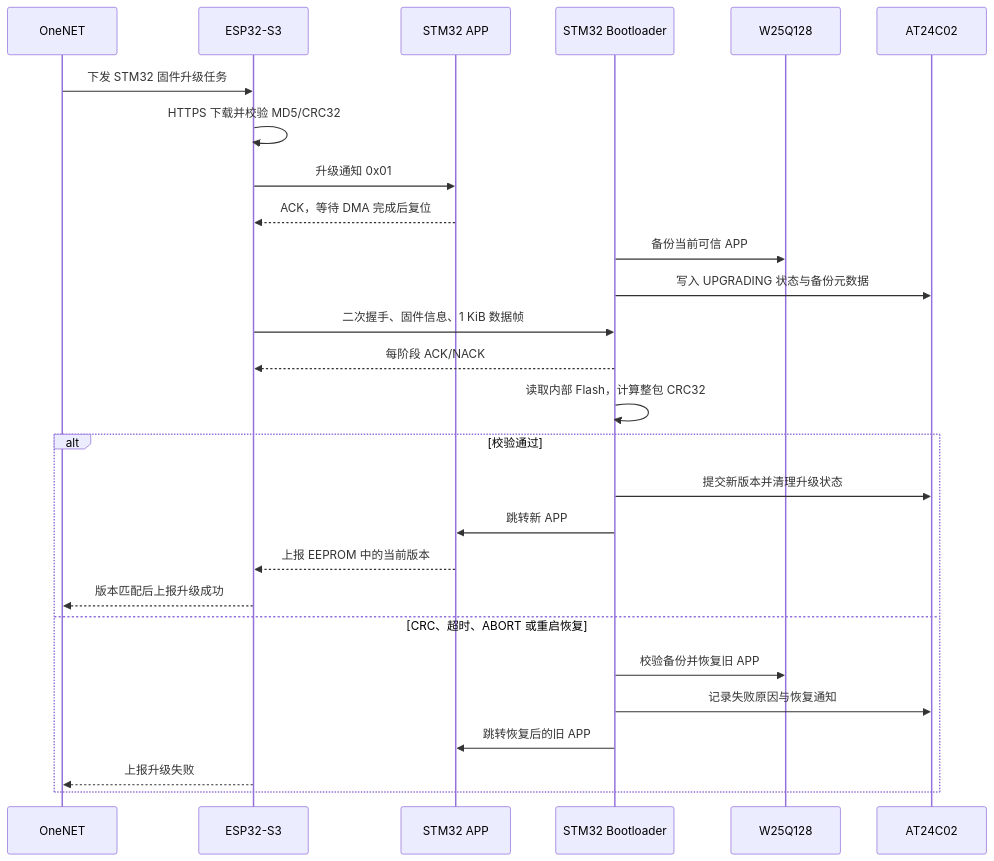
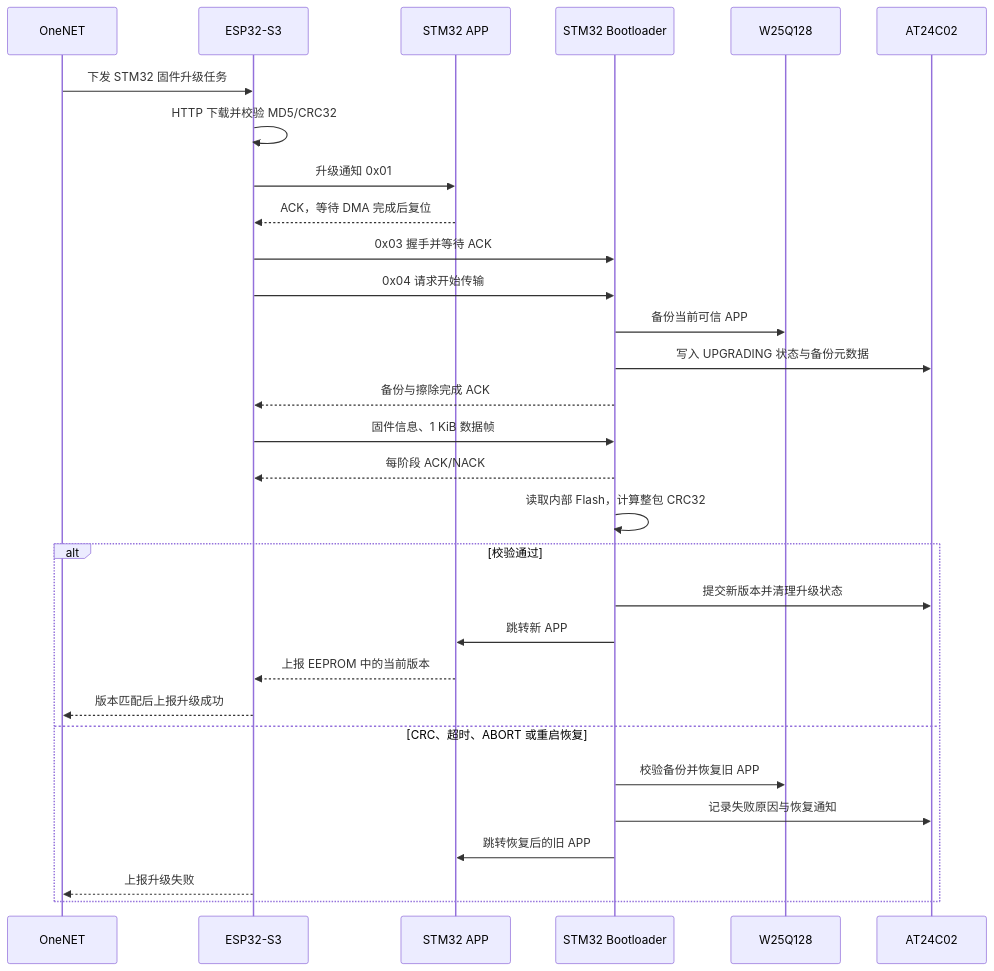
One commit to ChenFU-CN13/esp32-stm32-ab-ota changed the second of 2 diagrams in README.md. Above: the diagram before and after it, drawn with Mermaid. The commit also changed other lines of this file and 27 other files, not shown here.

````diff
--- a/README.md
+++ b/README.md
@@ -84,30 +86,33 @@
 ```mermaid
 sequenceDiagram
     participant Cloud as OneNET
     participant ESP as ESP32-S3
     participant APP as STM32 APP
     participant BL as STM32 Bootloader
     participant W25 as W25Q128
     participant EE as AT24C02
 
     Cloud->>ESP: 下发 STM32 固件升级任务
-    ESP->>ESP: HTTPS 下载并校验 MD5/CRC32
+    ESP->>ESP: HTTP 下载并校验 MD5/CRC32
     ESP->>APP: 升级通知 0x01
     APP-->>ESP: ACK，等待 DMA 完成后复位
+    ESP->>BL: 0x03 握手并等待 ACK
+    ESP->>BL: 0x04 请求开始传输
     BL->>W25: 备份当前可信 APP
     BL->>EE: 写入 UPGRADING 状态与备份元数据
-    ESP->>BL: 二次握手、固件信息、1 KiB 数据帧
+    BL-->>ESP: 备份与擦除完成 ACK
+    ESP->>BL: 固件信息、1 KiB 数据帧
     BL-->>ESP: 每阶段 ACK/NACK
     BL->>BL: 读取内部 Flash，计算整包 CRC32
     alt 校验通过
         BL->>EE: 提交新版本并清理升级状态
         BL->>APP: 跳转新 APP
         APP-->>ESP: 上报 EEPROM 中的当前版本
         ESP-->>Cloud: 版本匹配后上报升级成功
     else CRC、超时、ABORT 或重启恢复
         BL->>W25: 校验备份并恢复旧 APP
         BL->>EE: 记录失败原因与恢复通知
         BL->>APP: 跳转恢复后的旧 APP
         ESP-->>Cloud: 上报升级失败
     end
 ```
````
